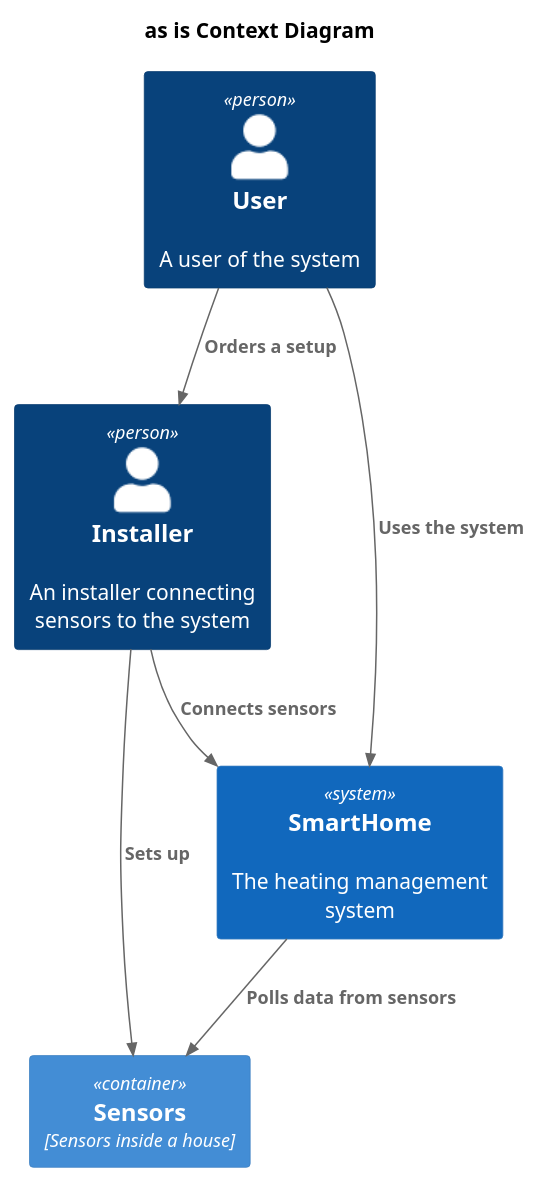
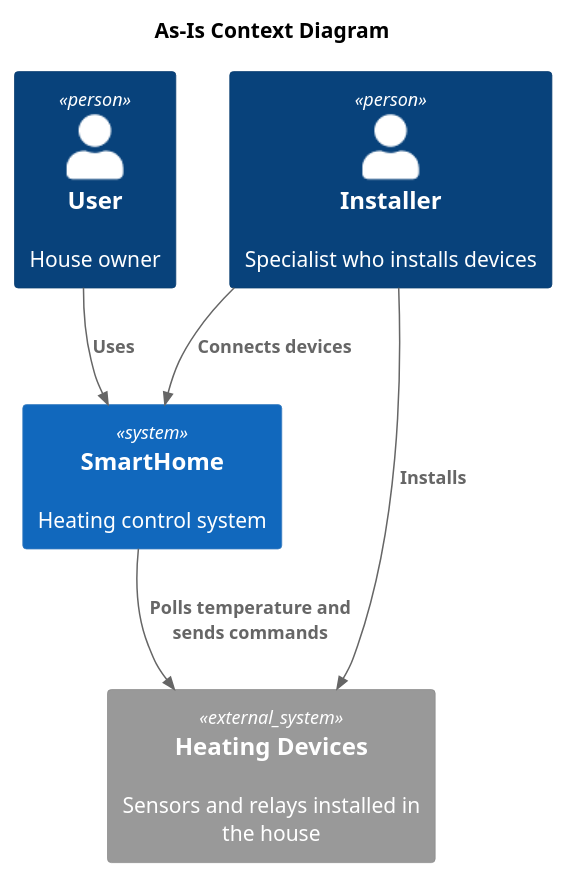
Before and after one commit to pavelantropov/smarthome: the diagram in schemas/as-is/Context.puml, drawn with PlantUML.

Commit message:
edit as it context

```diff
--- a/schemas/as-is/Context.puml
+++ b/schemas/as-is/Context.puml
@@ -1,19 +1,18 @@
 @startuml
-title as is Context Diagram
+title As-Is Context Diagram
 
 top to bottom direction
 
 !includeurl https://raw.githubusercontent.com/RicardoNiepel/C4-PlantUML/master/C4_Component.puml
 
-Person(user, "User", "A user of the system")
-Person(installer, "Installer", "An installer connecting sensors to the system")
-System(SmartHome, "SmartHome", "The heating management system")
-Container(sensors, "Sensors", "Sensors inside a house")
+Person(user, "User", "House owner")
+Person(installer, "Installer", "Specialist who installs devices")
+System(SmartHome, "SmartHome", "Heating control system")
+System_Ext(devices, "Heating Devices", "Sensors and relays installed in the house")
 
-Rel(user, SmartHome, "Uses the system")
-Rel(user, installer, "Orders a setup")
-Rel(installer, sensors, "Sets up")
-Rel(installer, SmartHome, "Connects sensors")
-Rel(SmartHome, sensors, "Polls data from sensors")
+Rel(user, SmartHome, "Uses")
+Rel(installer, devices, "Installs")
+Rel(installer, SmartHome, "Connects devices")
+Rel(SmartHome, devices, "Polls temperature and sends commands")
 
 @enduml
```
